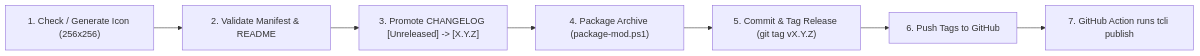
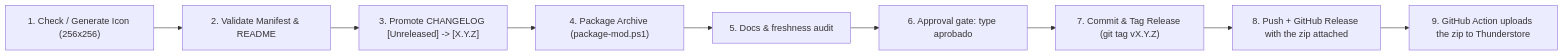
One commit to OsmarBriones/RepoKit changed the diagram in skills/publish-mod/SKILL.md. Above: the diagram before and after it, drawn with Mermaid. The commit also changed other lines of this file and 2 other files, not shown here.

Commit message:
feat(publish-mod): add documentation and freshness audit before the approval gate
Warns about code changes without doc updates, missing ARCHITECTURE.md,
unpruned What's new and stale RepoAPI/RepoKit submodules; the agent must
verify docs against code and report each item. Pipeline diagram now
matches the real order.

````diff
--- a/skills/publish-mod/SKILL.md
+++ b/skills/publish-mod/SKILL.md
@@ -14,9 +14,11 @@
 ```mermaid
 flowchart LR
     A["1. Check / Generate Icon (256x256)"] --> B["2. Validate Manifest & README"]
     B --> C["3. Promote CHANGELOG [Unreleased] -> [X.Y.Z]"]
     C --> D["4. Package Archive (package-mod.ps1)"]
-    D --> E["5. Commit & Tag Release (git tag vX.Y.Z)"]
-    E --> F["6. Push Tags to GitHub"]
-    F --> G["7. GitHub Action runs tcli publish"]
+    D --> H["5. Docs & freshness audit"]
+    H --> I["6. Approval gate: type aprobado"]
+    I --> E["7. Commit & Tag Release (git tag vX.Y.Z)"]
+    E --> F["8. Push + GitHub Release with the zip attached"]
+    F --> G["9. GitHub Action uploads the zip to Thunderstore"]
 ```
````
